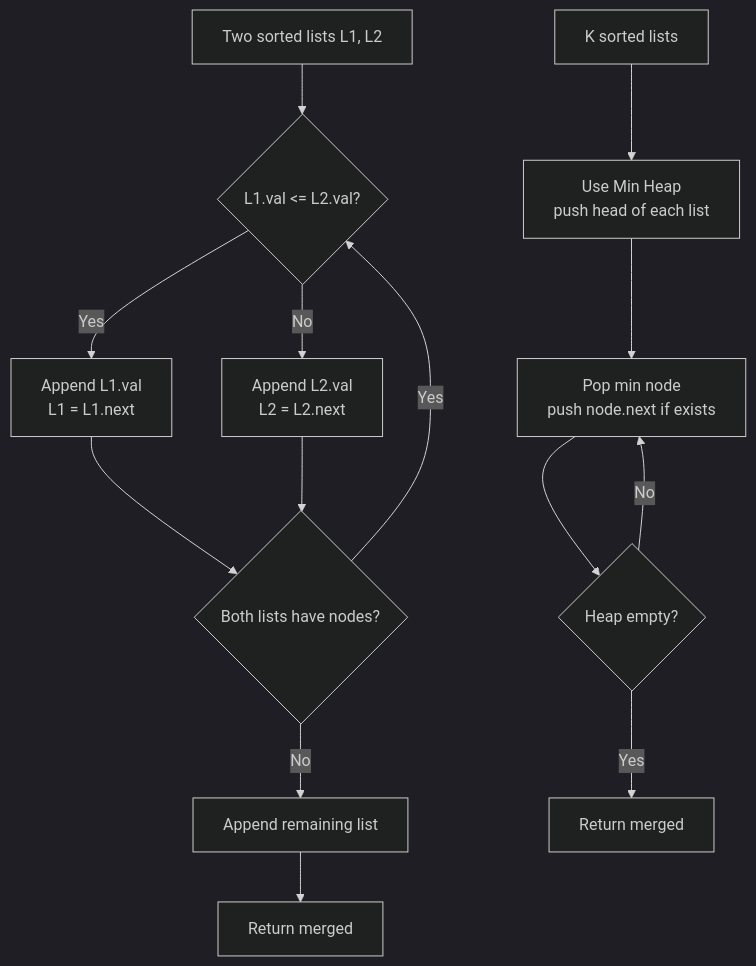
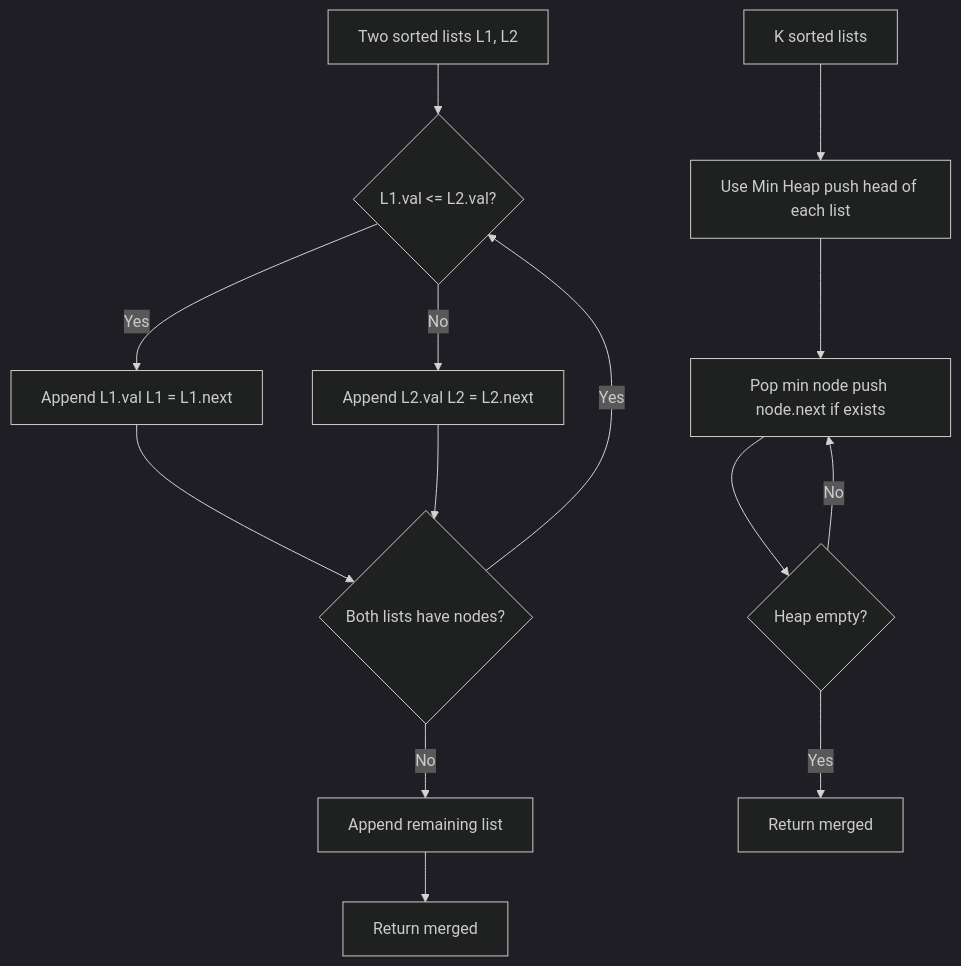
One commit to deepanshu-rawat6/AlgoAtlas changed the fourth of 6 diagrams in linked_list/README.md. Above: the diagram before and after it, drawn with Mermaid (dark theme). The commit also changed other lines of this file and 13 other files, not shown here.

````diff
--- a/linked_list/README.md
+++ b/linked_list/README.md
@@ -81,17 +81,17 @@
 ```mermaid
 flowchart TD
     A[Two sorted lists L1, L2] --> B{"L1.val <= L2.val?"}
-    B -->|Yes| C[Append L1.val<br>L1 = L1.next]
-    B -->|No| D[Append L2.val<br>L2 = L2.next]
+    B -->|Yes| C[Append L1.val L1 = L1.next]
+    B -->|No| D[Append L2.val L2 = L2.next]
     C --> E{"Both lists have nodes?"}
     D --> E
     E -->|Yes| B
     E -->|No| F[Append remaining list]
     F --> G[Return merged]
 
-    H[K sorted lists] --> I[Use Min Heap<br>push head of each list]
-    I --> J[Pop min node<br>push node.next if exists]
+    H[K sorted lists] --> I[Use Min Heap push head of each list]
+    I --> J[Pop min node push node.next if exists]
     J --> K{"Heap empty?"}
     K -->|No| J
     K -->|Yes| L[Return merged]
 ```
````
